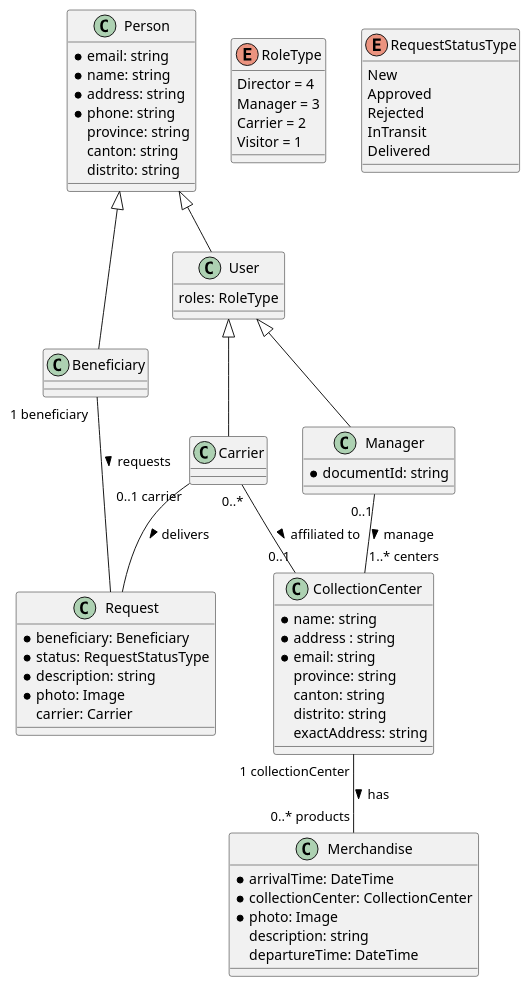
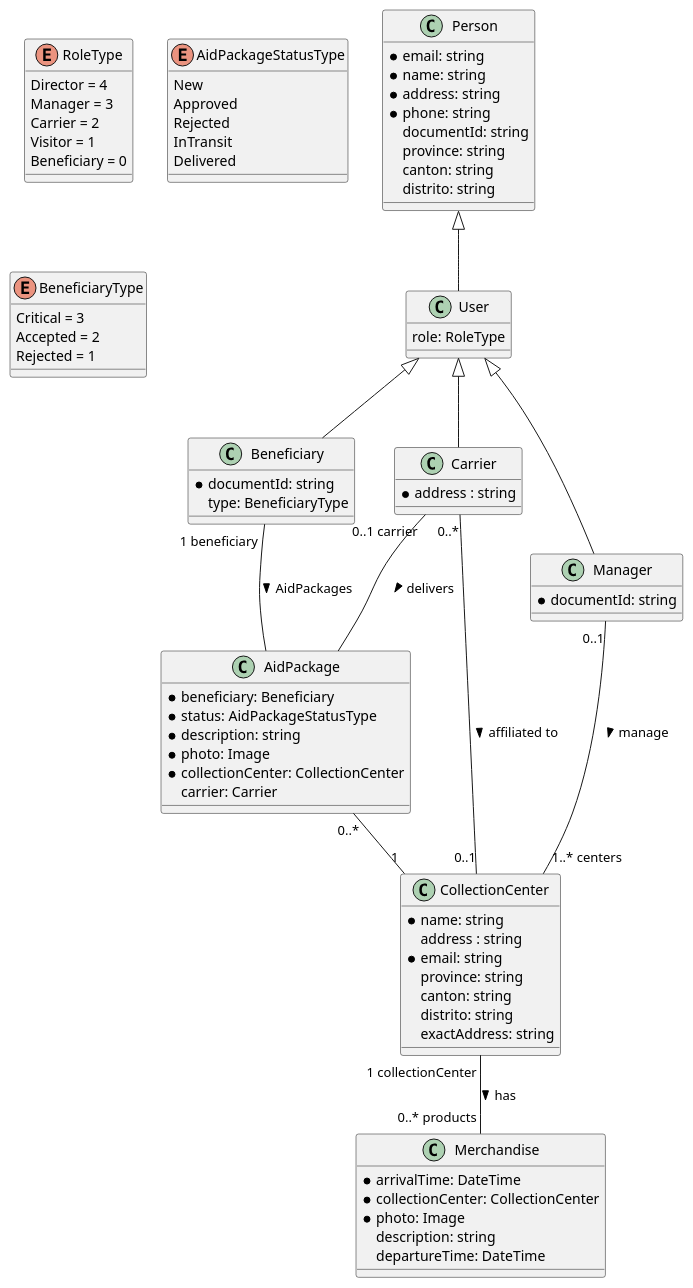
Before and after one commit to rodyce/covid-sos: the diagram in docs/DataModel.puml, drawn with PlantUML.

Commit message:
Update data model

```diff
--- a/docs/DataModel.puml
+++ b/docs/DataModel.puml
@@ -1,75 +1,90 @@
 @startuml covid sos datamodel
 class Person {
   *email: string
   *name: string
   *address: string
   *phone: string
+  documentId: string
   province: string
   canton: string
   distrito: string
 }
 
 class Beneficiary {
+  *documentId: string
+  type: BeneficiaryType
 }
-Person <|-- Beneficiary
 
 class User {
-  roles: RoleType
+  role: RoleType
 }
-
 Person <|-- User
 
+User <|-- Beneficiary
 User <|-- Carrier
 User <|-- Manager
 
 class CollectionCenter {
   *name: string
-  *address : string
+  address : string
   *email: string
   province: string
   canton: string
   distrito: string
   exactAddress: string
 }
 
 class Manager {
   *documentId: string
 }
 
+class Carrier {
+  *address : string
+}
+
 class Merchandise {
   *arrivalTime: DateTime
   *collectionCenter: CollectionCenter
   *photo: Image
   description: string
   departureTime: DateTime
 }
 
-class Request {
+class AidPackage {
   *beneficiary: Beneficiary
-  *status: RequestStatusType
+  *status: AidPackageStatusType
   *description: string
   *photo: Image
+  *collectionCenter: CollectionCenter
   carrier: Carrier
 }
 
 enum RoleType {
   Director = 4
   Manager = 3
   Carrier = 2
   Visitor = 1
+  Beneficiary = 0
 }
 
-enum RequestStatusType {
+enum AidPackageStatusType {
   New
   Approved
   Rejected
   InTransit
   Delivered
 }
 
+enum BeneficiaryType {
+  Critical = 3
+  Accepted = 2
+  Rejected = 1
+}
+
+AidPackage "0..*" -- "1" CollectionCenter
 Manager "0..1" -- "1..* centers" CollectionCenter : manage >
 CollectionCenter "  1 collectionCenter" -- "0..* products" Merchandise : has >
-Carrier "0..1 carrier" -- Request : delivers >
+Carrier "0..1 carrier" -- AidPackage : delivers >
 Carrier "0..*" -- "0..1" CollectionCenter : affiliated to >
-Beneficiary "1 beneficiary" -- Request : requests >
+Beneficiary "1 beneficiary" -- AidPackage : AidPackages >
 @enduml
```
